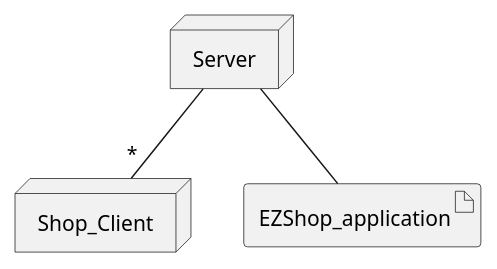
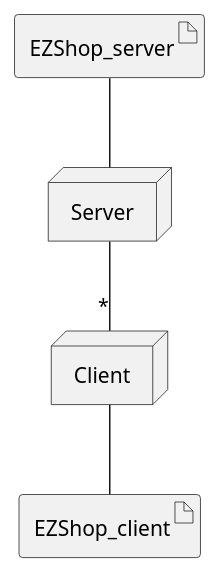
Before and after one commit to paocela/EzShop: the eighth of 8 diagrams in Deliverables/RequirementsDocument.md, drawn with PlantUML.

Commit message:
Changed deployment diagram

````diff
--- a/Deliverables/RequirementsDocument.md
+++ b/Deliverables/RequirementsDocument.md
@@ -632,8 +632,10 @@
 ```plantuml
 node Server
-node Shop_Client
-artifact EZShop_application
+node Client
+artifact EZShop_client
+artifact EZShop_server
 
-Server -- "*" Shop_Client
-Server -- EZShop_application
+EZShop_server -- Server
+Server -- "*" Client
+Client -- EZShop_client
 ```
````
